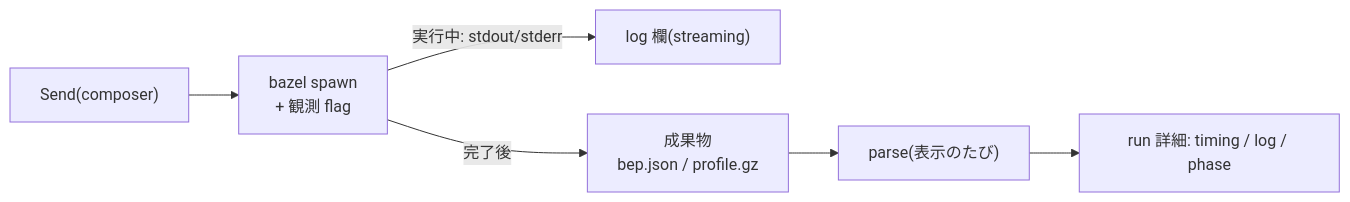
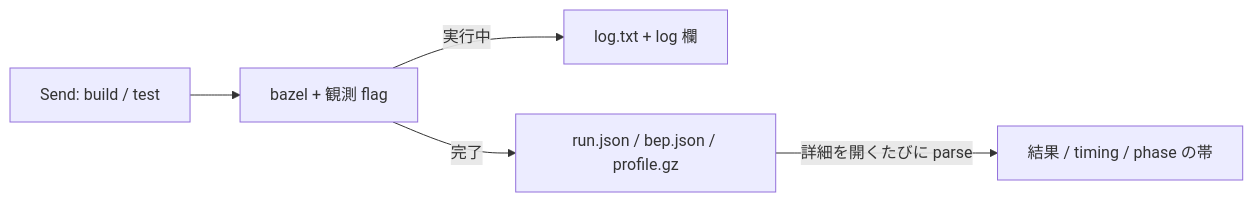
The diagram in docs/design/m2-run-detail.md (OhataKenji/zeal), drawn with Mermaid before and after one commit. The commit also changed other lines of this file and 3 other files, not shown here.

Commit message:
docs: align PRD and M1/M2 with profile-based run inspection

````diff
--- a/docs/design/m2-run-detail.md
+++ b/docs/design/m2-run-detail.md
@@ -33,8 +48,7 @@
 ```mermaid
 flowchart LR
-    SEND["Send(composer)"] --> SPAWN["bazel spawn<br/>+ 観測 flag"]
-    SPAWN -->|"実行中: stdout/stderr"| LOG["log 欄(streaming)"]
-    SPAWN -->|"完了後"| ART["成果物<br/>bep.json / profile.gz"]
-    ART --> INGEST["parse(表示のたび)"]
-    INGEST --> VIEW["run 詳細: timing / log / phase"]
+    SEND["Send: build / test"] --> SPAWN["bazel + 観測 flag"]
+    SPAWN -->|"実行中"| LOG["log.txt + log 欄"]
+    SPAWN -->|"完了"| FILES["run.json / bep.json / profile.gz"]
+    FILES -->|"詳細を開くたびに parse"| VIEW["結果 / timing / phase の帯"]
 ```
````
